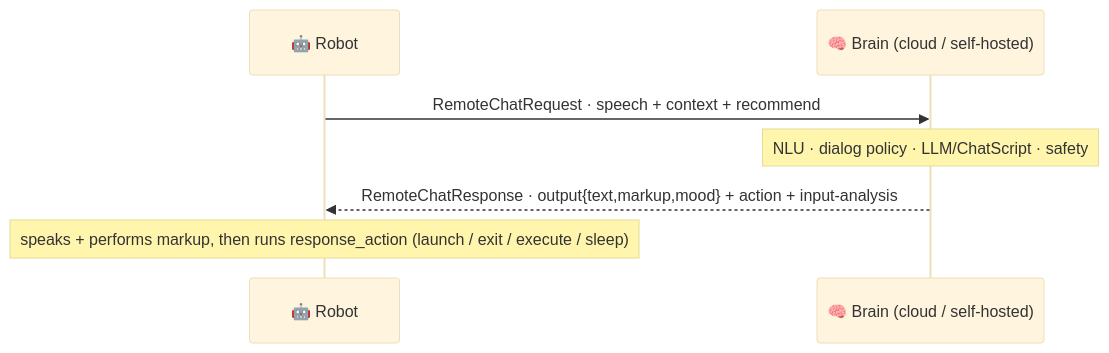
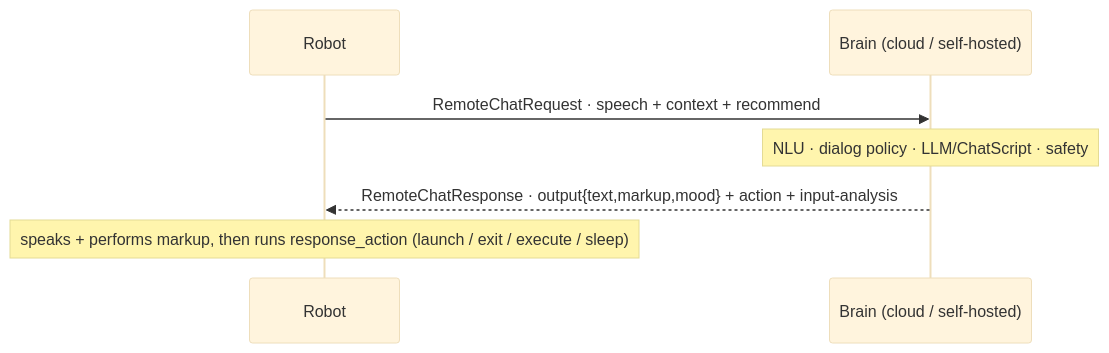
The diagram in docs/reverse-engineering/protocol/remote-chat-protocol.md (mvalancy/moxie-robot-saver), drawn with Mermaid (base theme) before and after one commit. The commit also changed other lines of this file and 454 other files, not shown here.

````diff
--- a/docs/reverse-engineering/protocol/remote-chat-protocol.md
+++ b/docs/reverse-engineering/protocol/remote-chat-protocol.md
@@ -15,9 +10,9 @@
 ```mermaid
 sequenceDiagram
-  participant R as 🤖 Robot
-  participant B as 🧠 Brain (cloud / self-hosted)
+  participant R as Robot
+  participant B as Brain (cloud / self-hosted)
   R->>B: RemoteChatRequest · speech + context + recommend
   Note over B: NLU · dialog policy · LLM/ChatScript · safety
   B-->>R: RemoteChatResponse · output{text,markup,mood} + action + input-analysis
   Note over R: speaks + performs markup, then runs response_action (launch / exit / execute / sleep)
 ```
````
